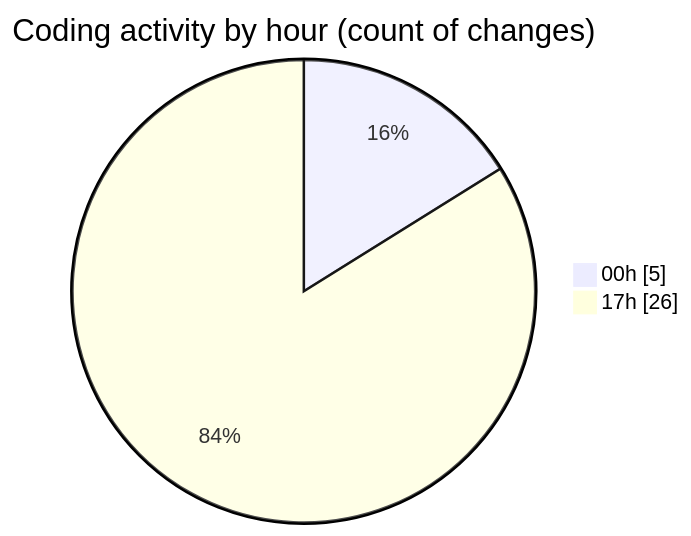
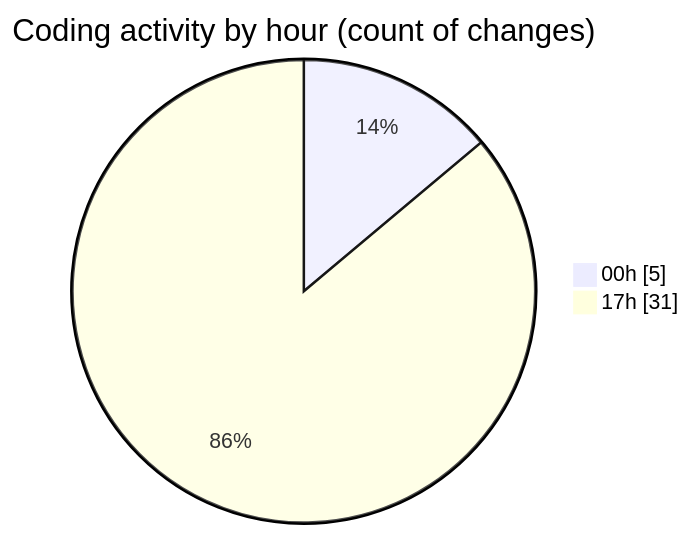
Before and after one commit to hasnaa123/code-tracking: the second of 2 diagrams in 2026-04-12/chatserver/README.md, drawn with Mermaid. The commit also changed other lines of this file and 1 other file, not shown here.

````diff
--- a/2026-04-12/chatserver/README.md
+++ b/2026-04-12/chatserver/README.md
@@ -31,6 +31,6 @@
 ```mermaid
 pie showData
 title Coding activity by hour (count of changes)
 "00h" : 5
-"17h" : 26
+"17h" : 31
 ```
````
